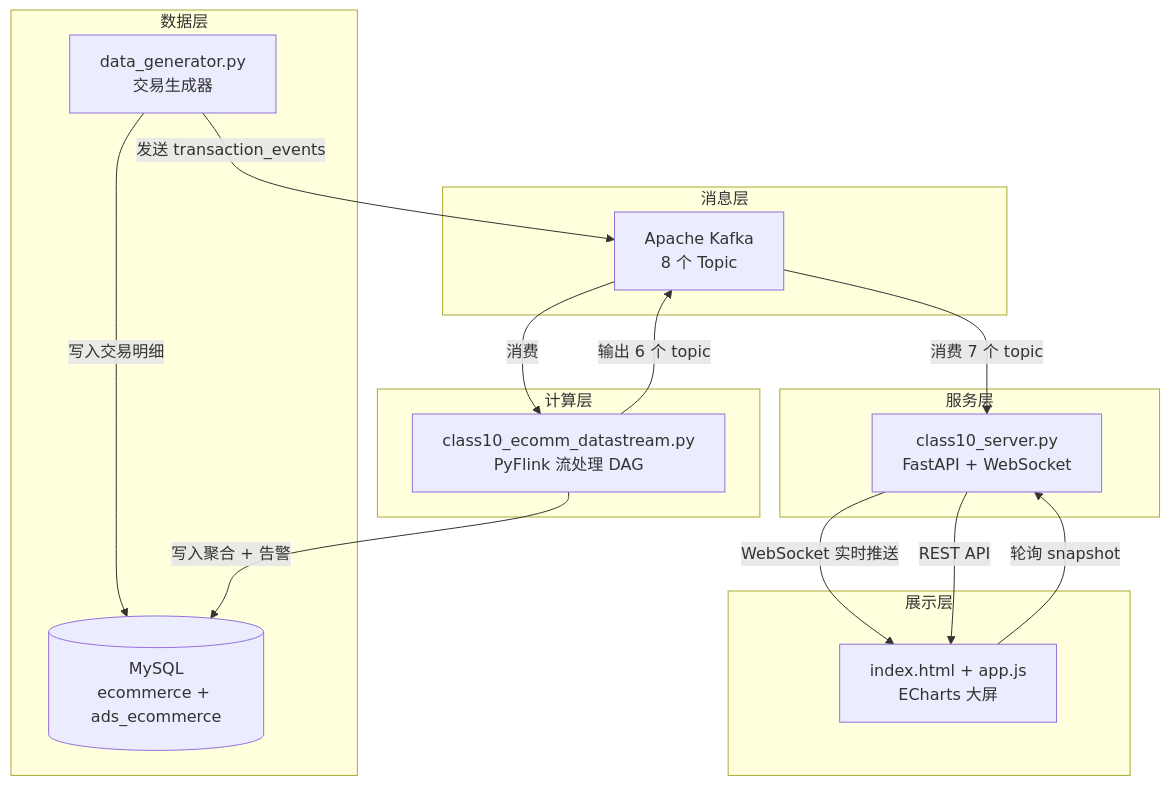
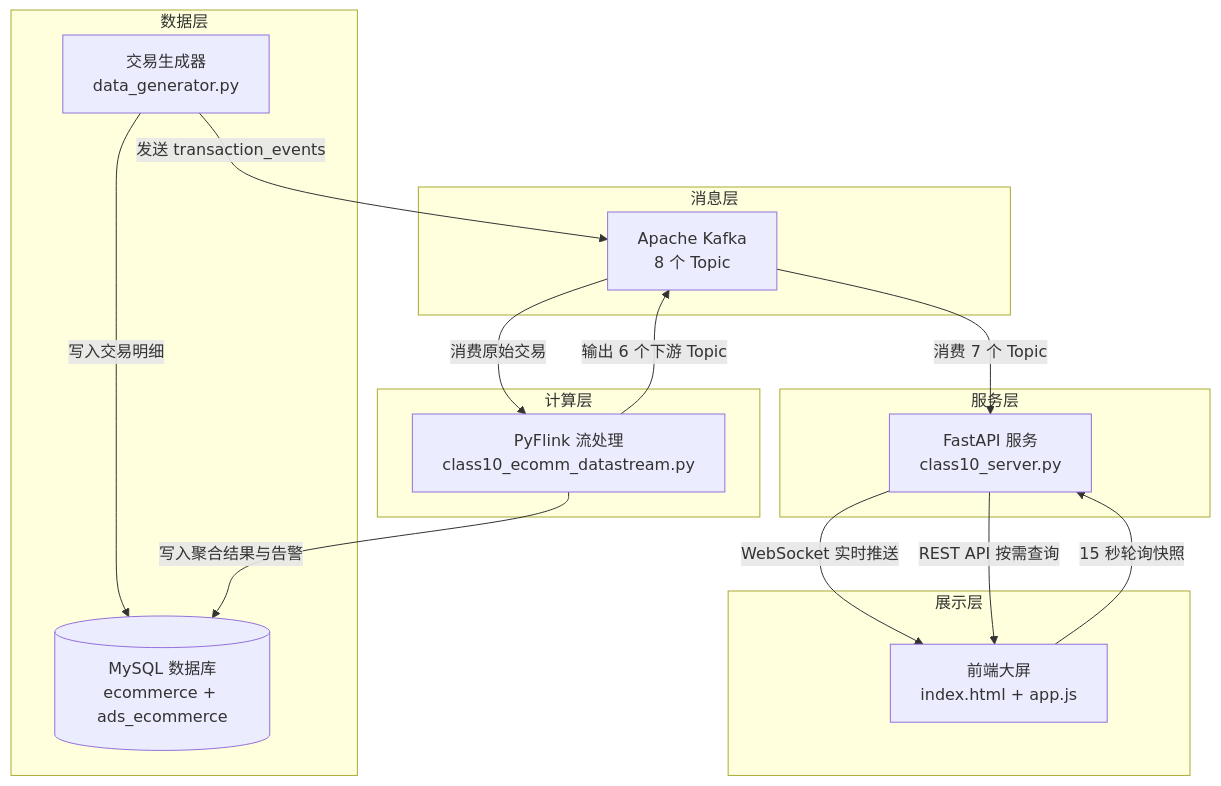
The first of 4 diagrams in 技术文档.md (Z-1220/pyflink-fraud-detection-lab), drawn with Mermaid before and after one commit. The commit also changed other lines of this file, not shown here.

First line of the commit message:
文档规范化：禁止代码块、禁止不规范箭头、图表补充说明文字

````diff
--- a/技术文档.md
+++ b/技术文档.md
@@ -129,33 +135,33 @@
 ```mermaid
 graph TB
     subgraph 数据层
-        GEN[data_generator.py<br/>交易生成器]
-        MYSQL[(MySQL<br/>ecommerce + ads_ecommerce)]
+        GEN[交易生成器<br/>data_generator.py]
+        MYSQL[(MySQL 数据库<br/>ecommerce + ads_ecommerce)]
     end
 
     subgraph 消息层
         KAFKA[Apache Kafka<br/>8 个 Topic]
     end
 
     subgraph 计算层
-        FLINK[class10_ecomm_datastream.py<br/>PyFlink 流处理 DAG]
+        FLINK[PyFlink 流处理<br/>class10_ecomm_datastream.py]
     end
 
     subgraph 服务层
-        SERVER[class10_server.py<br/>FastAPI + WebSocket]
+        SERVER[FastAPI 服务<br/>class10_server.py]
     end
 
     subgraph 展示层
-        UI[index.html + app.js<br/>ECharts 大屏]
+        UI[前端大屏<br/>index.html + app.js]
     end
 
     GEN -->|写入交易明细| MYSQL
     GEN -->|发送 transaction_events| KAFKA
-    KAFKA -->|消费| FLINK
-    FLINK -->|输出 6 个 topic| KAFKA
-    FLINK -->|写入聚合 + 告警| MYSQL
-    KAFKA -->|消费 7 个 topic| SERVER
+    KAFKA -->|消费原始交易| FLINK
+    FLINK -->|输出 6 个下游 Topic| KAFKA
+    FLINK -->|写入聚合结果与告警| MYSQL
+    KAFKA -->|消费 7 个 Topic| SERVER
     SERVER -->|WebSocket 实时推送| UI
-    SERVER -->|REST API| UI
-    UI -->|轮询 snapshot| SERVER
+    SERVER -->|REST API 按需查询| UI
+    UI -->|15 秒轮询快照| SERVER
 ```
````
